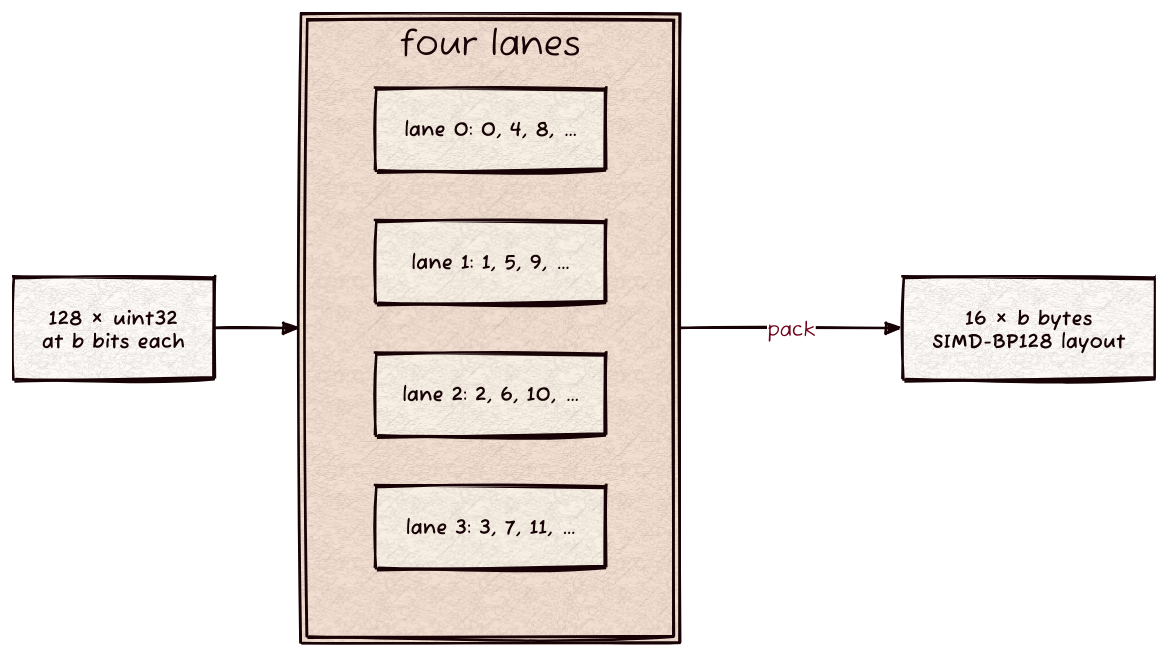
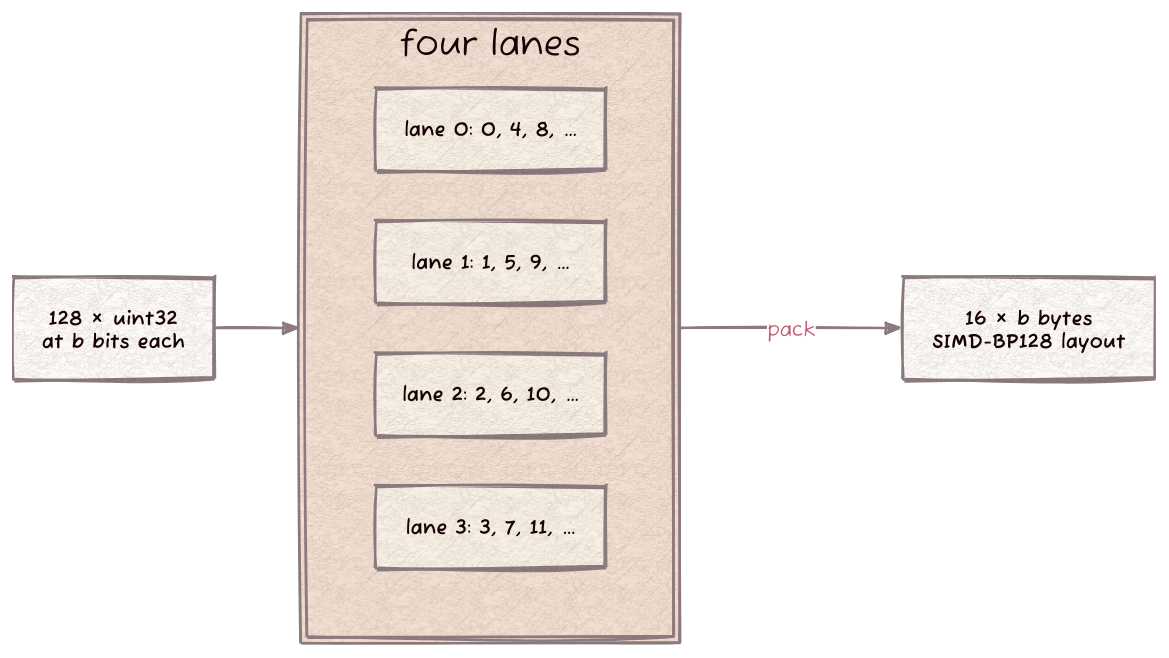
One commit to Kronuz/bitpack changed the diagram in docs/bitpack.d2. Above: the diagram before and after it, drawn with D2. The commit also changed 1 other file, not shown here.

Commit message:
Render the README diagram for light and dark pages
A transparent background, mid-tone lines and mid-tone edge labels let
the one SVG read on GitHub's light and dark themes; the header carries
the settings so a plain `d2` renders it the same way.

[skip ci]

```diff
--- a/docs/bitpack.d2
+++ b/docs/bitpack.d2
@@ -1,15 +1,17 @@
 # bitpack: 128 integers in four lanes; one SIMD register decodes four in order.
-# Render: d2 --layout elk --sketch --theme 302 docs/bitpack.d2 docs/bitpack.svg
-vars: { d2-config: { layout-engine: elk; theme-id: 302; sketch: true; pad: 24 } }
+# Render: d2 docs/bitpack.d2 docs/bitpack.svg
+vars: { d2-config: { layout-engine: elk; theme-id: 302; sketch: true; pad: 24; theme-overrides: { B1: "#8C7B7E"; B2: "#C25B73"; N2: "#C25B73" } } }
+style.fill: transparent
+
 direction: right
 block: "128 × uint32\nat b bits each"
 lanes: four lanes {
   grid-columns: 1
   l0: "lane 0: 0, 4, 8, …"
   l1: "lane 1: 1, 5, 9, …"
   l2: "lane 2: 2, 6, 10, …"
   l3: "lane 3: 3, 7, 11, …"
 }
 bytes: "16 × b bytes\nSIMD-BP128 layout"
 block -> lanes
 lanes -> bytes: "pack"
```
